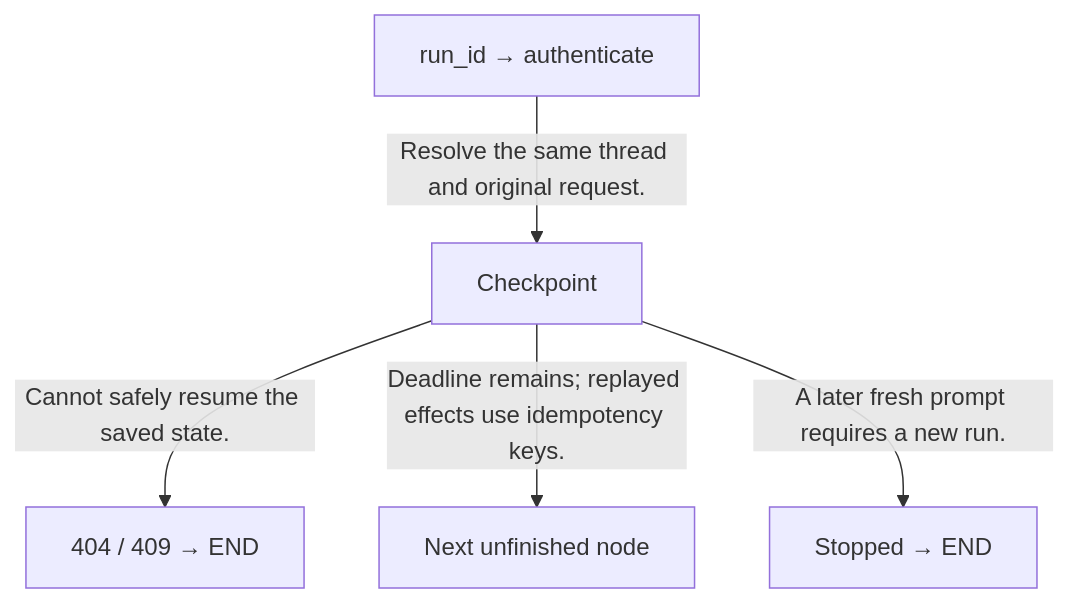
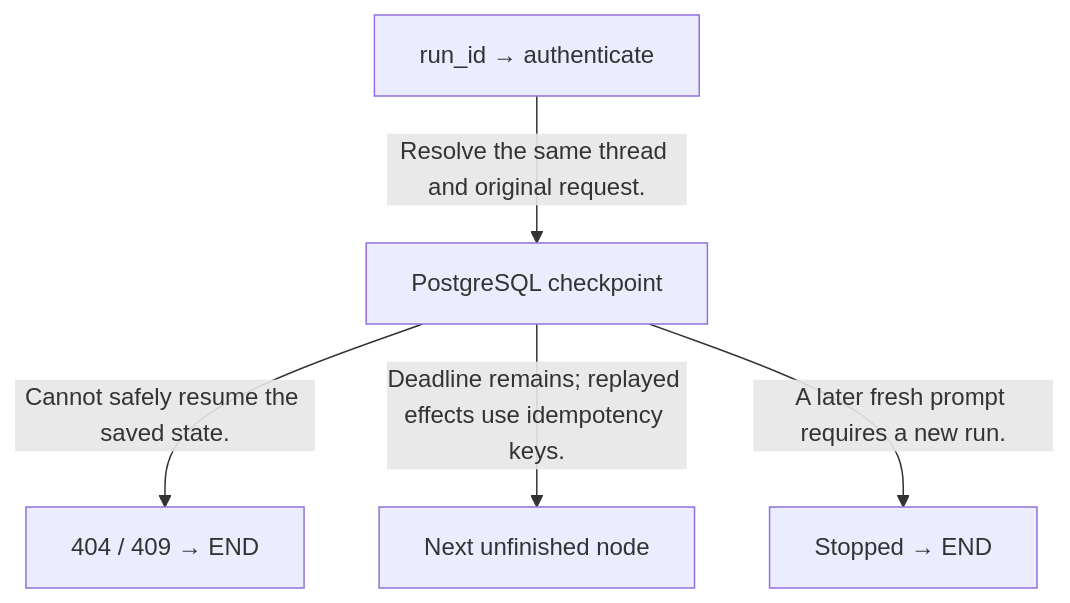
The second of 2 diagrams in docs/FINANCIAL_REPORT_LANGGRAPH_DESIGN.md (ByronHo68/ai-learning-academy), drawn with Mermaid before and after one commit. The commit also changed other lines of this file and 66 other files, not shown here.

Commit message:
Use PostgreSQL for the finance database and retrieval baseline

````diff
--- a/docs/FINANCIAL_REPORT_LANGGRAPH_DESIGN.md
+++ b/docs/FINANCIAL_REPORT_LANGGRAPH_DESIGN.md
@@ -869,12 +1059,12 @@
 ```mermaid
 flowchart TD
   n0["run_id → authenticate"]
-  n1["Checkpoint"]
+  n1["PostgreSQL checkpoint"]
   n2["404 / 409 → END"]
   n3["Next unfinished node"]
   n4["Stopped → END"]
   n0 -->|"Resolve the same thread and original request."| n1
   n1 -->|"Cannot safely resume the saved state."| n2
   n1 -->|"Deadline remains; replayed effects use idempotency keys."| n3
   n1 -->|"A later fresh prompt requires a new run."| n4
 ```
````
